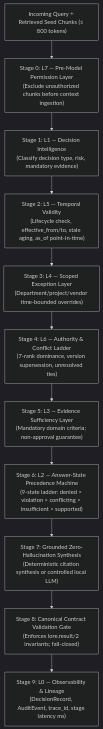
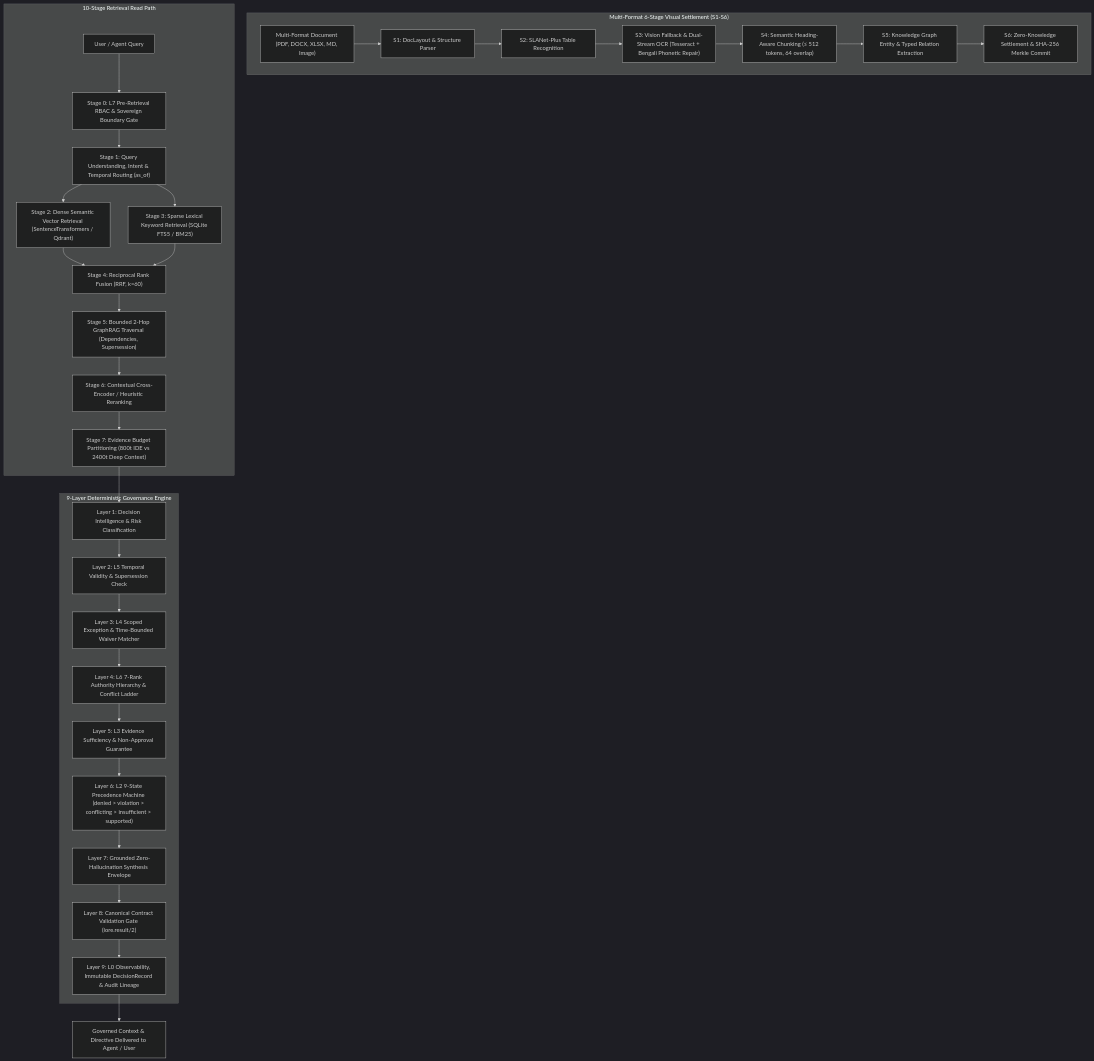
One commit to starrynight-web/LORE changed the diagram in README.md. Above: the diagram before and after it, drawn with Mermaid (dark theme). The commit also changed other lines of this file and 19 other files, not shown here.

````diff
--- a/README.md
+++ b/README.md
@@ -31,13 +167,36 @@
 ```mermaid
 flowchart TD
-    Q["Incoming Query + Retrieved Seed Chunks (≤ 800 tokens)"] --> L7["Stage 0: L7 — Pre-Model Permission Layer<br/>(Exclude unauthorized chunks before context ingestion)"]
-    L7 --> L1["Stage 1: L1 — Decision Intelligence<br/>(Classify decision type, risk, mandatory evidence)"]
-    L1 --> L5["Stage 2: L5 — Temporal Validity<br/>(Lifecycle check, effective_from/to, stale aging, as_of point-in-time)"]
-    L5 --> L4["Stage 3: L4 — Scoped Exception Layer<br/>(Department/project/vendor time-bounded overrides)"]
-    L4 --> L6["Stage 4: L6 — Authority & Conflict Ladder<br/>(7-rank dominance, version supersession, unresolved ties)"]
-    L6 --> L3["Stage 5: L3 — Evidence Sufficiency Layer<br/>(Mandatory domain criteria; non-approval guarantee)"]
-    L3 --> L2["Stage 6: L2 — Answer-State Precedence Machine<br/>(9-state ladder: denied > violation > conflicting > insufficient > supported)"]
-    L2 --> SYN["Stage 7: Grounded Zero-Hallucination Synthesis<br/>(Deterministic citation synthesis or controlled local LLM)"]
-    SYN --> GATE["Stage 8: Canonical Contract Validation Gate<br/>(Enforces lore.result/2 invariants; fail-closed)"]
-    GATE --> L0["Stage 9: L0 — Observability & Lineage<br/>(DecisionRecord, AuditEvent, trace_id, stage latency ms)"]
+    subgraph INGESTION["Multi-Format 6-Stage Visual Settlement (S1-S6)"]
+        DOC["Multi-Format Document (PDF, DOCX, XLSX, MD, Image)"] --> S1["S1: DocLayout & Structure Parser"]
+        S1 --> S2["S2: SLANet-Plus Table Recognition"]
+        S2 --> S3["S3: Vision Fallback & Dual-Stream OCR (Tesseract + Bengali Phonetic Repair)"]
+        S3 --> S4["S4: Semantic Heading-Aware Chunking (≤ 512 tokens, 64 overlap)"]
+        S4 --> S5["S5: Knowledge Graph Entity & Typed Relation Extraction"]
+        S5 --> S6["S6: Zero-Knowledge Settlement & SHA-256 Merkle Commit"]
+    end
+
+    subgraph RETRIEVAL["10-Stage Retrieval Read Path"]
+        Q["User / Agent Query"] --> R1["Stage 0: L7 Pre-Retrieval RBAC & Sovereign Boundary Gate"]
+        R1 --> R2["Stage 1: Query Understanding, Intent & Temporal Routing (as_of)"]
+        R2 --> R3["Stage 2: Dense Semantic Vector Retrieval (SentenceTransformers / Qdrant)"]
+        R2 --> R4["Stage 3: Sparse Lexical Keyword Retrieval (SQLite FTS5 / BM25)"]
+        R3 & R4 --> R5["Stage 4: Reciprocal Rank Fusion (RRF, k=60)"]
+        R5 --> R6["Stage 5: Bounded 2-Hop GraphRAG Traversal (Dependencies, Supersession)"]
+        R6 --> R7["Stage 6: Contextual Cross-Encoder / Heuristic Reranking"]
+        R7 --> R8["Stage 7: Evidence Budget Partitioning (800t IDE vs 2400t Deep Context)"]
+    end
+
+    subgraph GOVERNANCE["9-Layer Deterministic Governance Engine"]
+        R8 --> L1["Layer 1: Decision Intelligence & Risk Classification"]
+        L1 --> L5["Layer 2: L5 Temporal Validity & Supersession Check"]
+        L5 --> L4["Layer 3: L4 Scoped Exception & Time-Bounded Waiver Matcher"]
+        L4 --> L6["Layer 4: L6 7-Rank Authority Hierarchy & Conflict Ladder"]
+        L6 --> L3["Layer 5: L3 Evidence Sufficiency & Non-Approval Guarantee"]
+        L3 --> L2["Layer 6: L2 9-State Precedence Machine (denied > violation > conflicting > insufficient > supported)"]
+        L2 --> SYN["Layer 7: Grounded Zero-Hallucination Synthesis Envelope"]
+        SYN --> GAT["Layer 8: Canonical Contract Validation Gate (lore.result/2)"]
+        GAT --> L0["Layer 9: L0 Observability, Immutable DecisionRecord & Audit Lineage"]
+    end
+
+    L0 --> OUT["Governed Context & Directive Delivered to Agent / User"]
 ```
````
